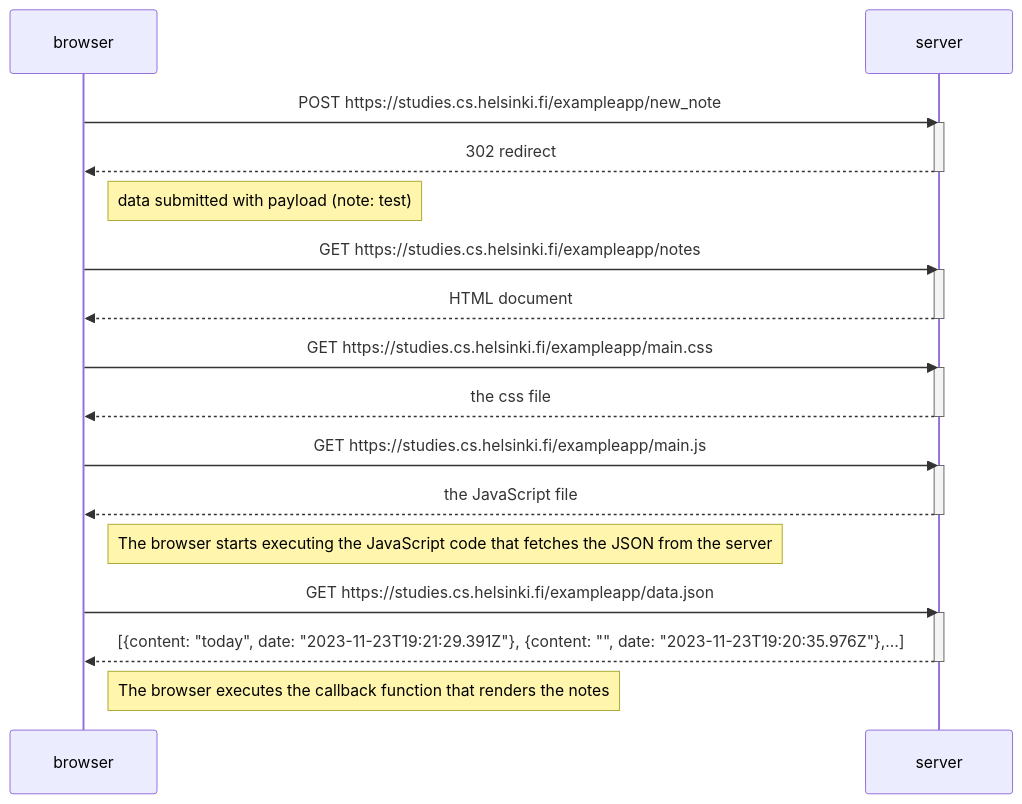
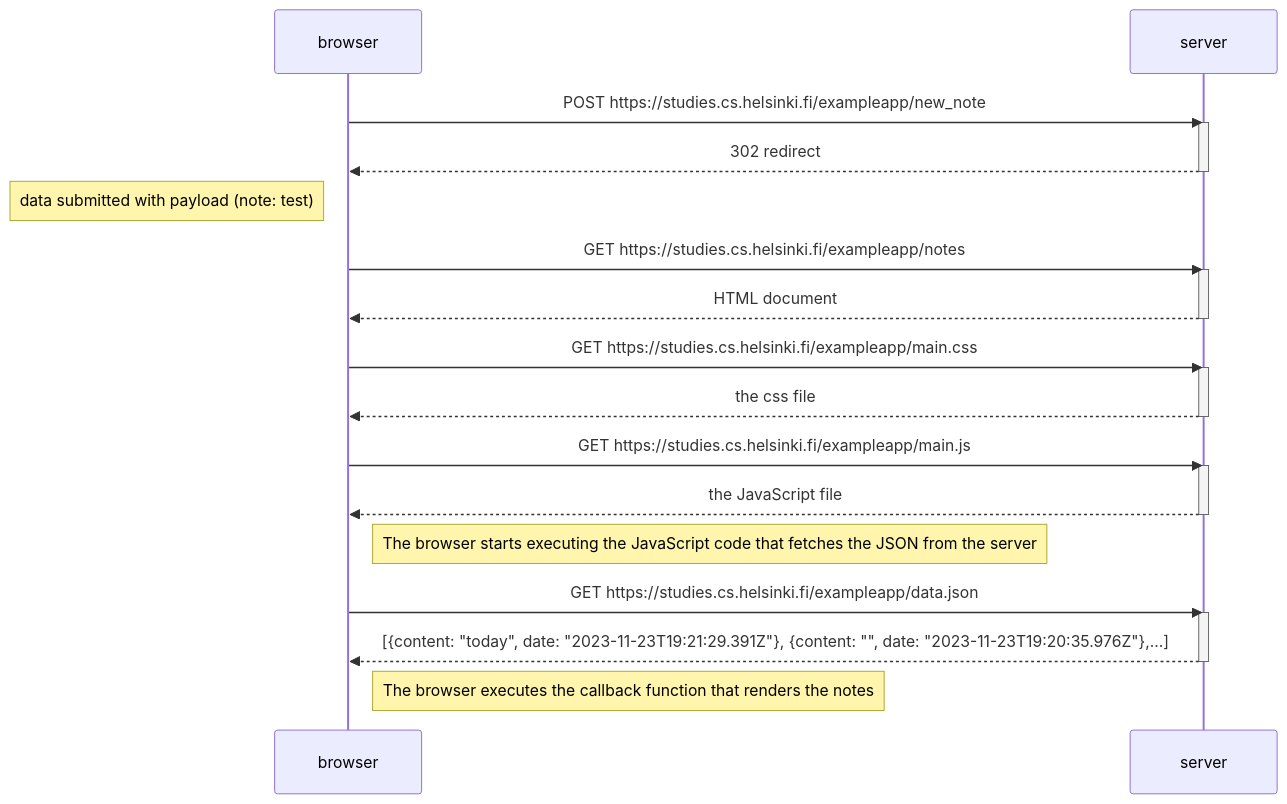
Before and after one commit to ismailvohra/fullstackopen: the diagram in part0/0.4_new_note_diagram.md, drawn with Mermaid.

````diff
--- a/part0/0.4_new_note_diagram.md
+++ b/part0/0.4_new_note_diagram.md
@@ -1,37 +1,37 @@
 ```mermaid
 sequenceDiagram
     participant browser
     participant server
 
     browser->>server: POST https://studies.cs.helsinki.fi/exampleapp/new_note
     activate server
     server-->>browser: 302 redirect
     deactivate server
 
-    Note right of browser: data submitted with payload (note: test)
+    Note left of browser: data submitted with payload (note: test)
 
     browser->>server: GET https://studies.cs.helsinki.fi/exampleapp/notes
     activate server
     server-->>browser: HTML document
     deactivate server
 
     browser->>server: GET https://studies.cs.helsinki.fi/exampleapp/main.css
     activate server
     server-->>browser: the css file
     deactivate server
 
     browser->>server: GET https://studies.cs.helsinki.fi/exampleapp/main.js
     activate server
     server-->>browser: the JavaScript file
     deactivate server
 
     Note right of browser: The browser starts executing the JavaScript code that fetches the JSON from the server
 
     browser->>server: GET https://studies.cs.helsinki.fi/exampleapp/data.json
     activate server
     server-->>browser: [{content: "today", date: "2023-11-23T19:21:29.391Z"}, {content: "", date: "2023-11-23T19:20:35.976Z"},…]
     deactivate server
 
     Note right of browser: The browser executes the callback function that renders the notes
 
 ```
````
